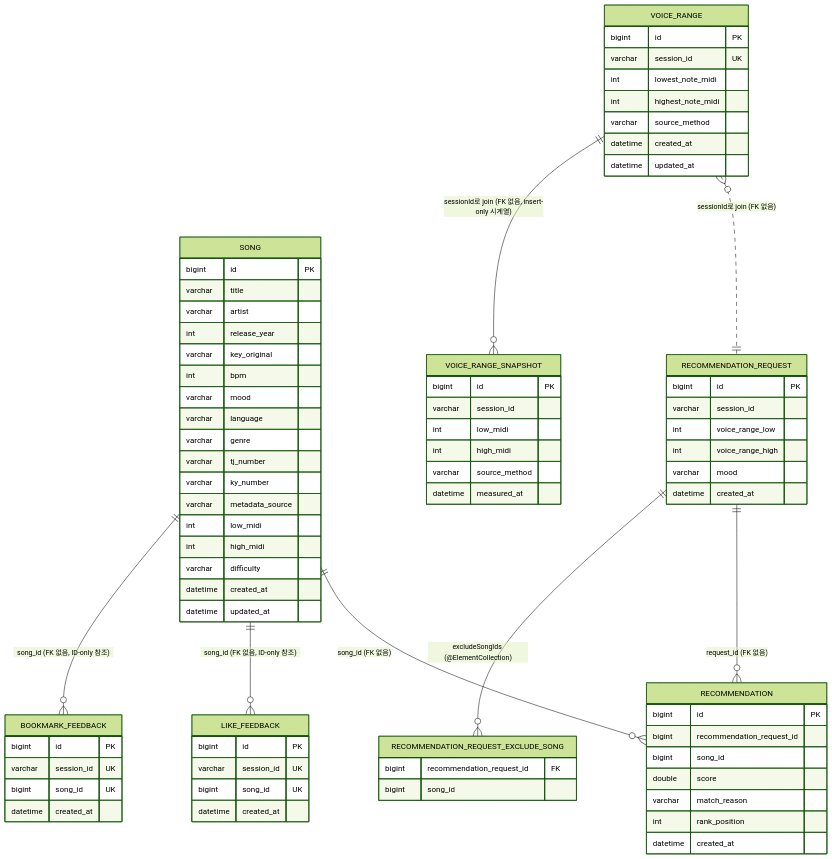
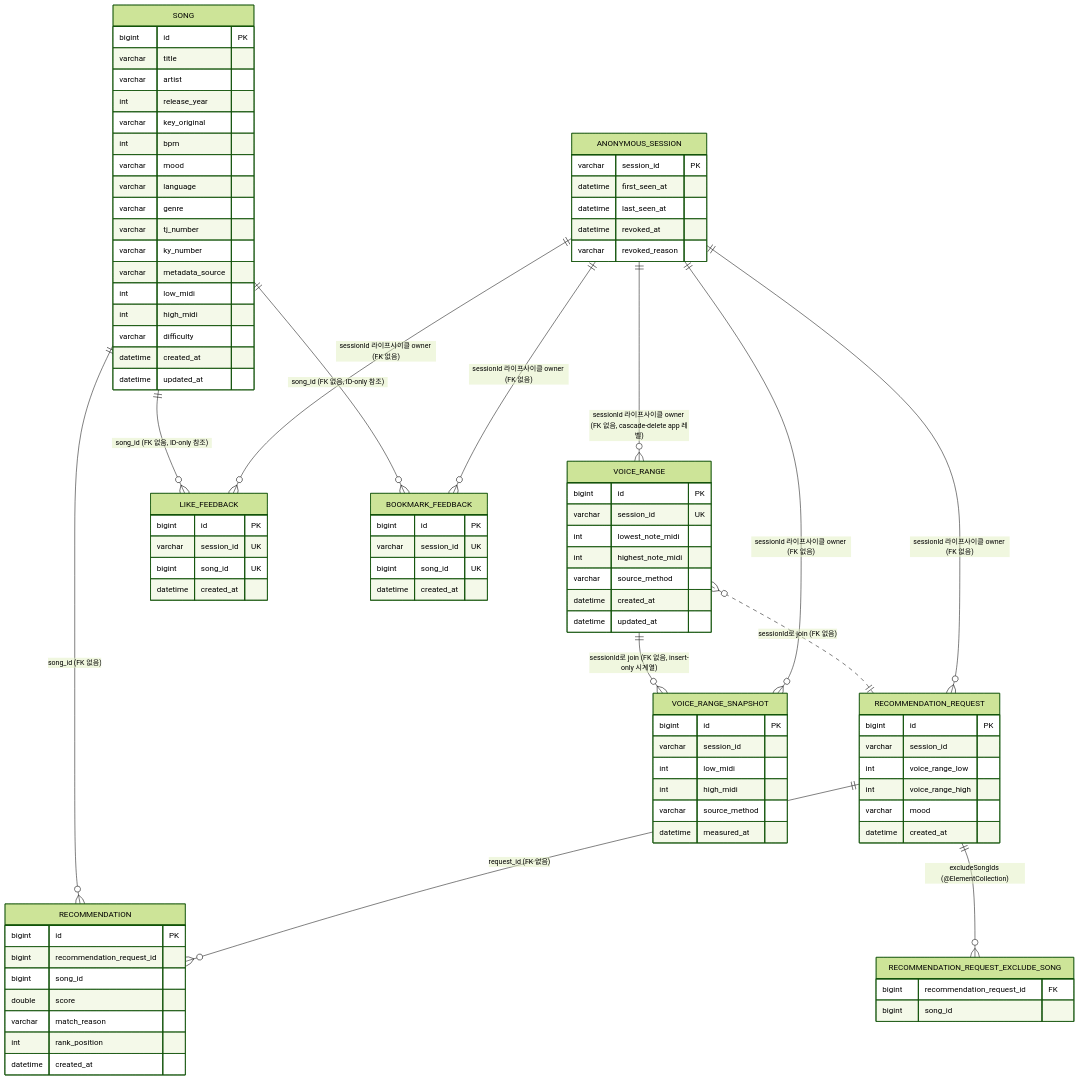
One commit to goohong/mobruji changed the diagram in docs/ai-harness/06-domain-model.md. Above: the diagram before and after it, drawn with Mermaid (forest theme). The commit also changed other lines of this file and 1 other file, not shown here.

First line of the commit message:
docs(user): anonymous-session-lifecycle status implementing + 06-domain-model AnonymousSession 추가 (F2/F3)

````diff
--- a/docs/ai-harness/06-domain-model.md
+++ b/docs/ai-harness/06-domain-model.md
@@ -232,6 +255,14 @@
         datetime measured_at
     }
 
+    ANONYMOUS_SESSION {
+        varchar session_id PK
+        datetime first_seen_at
+        datetime last_seen_at
+        datetime revoked_at
+        varchar revoked_reason
+    }
+
     SONG ||--o{ RECOMMENDATION : "song_id (FK 없음)"
     RECOMMENDATION_REQUEST ||--o{ RECOMMENDATION : "request_id (FK 없음)"
     RECOMMENDATION_REQUEST ||--o{ RECOMMENDATION_REQUEST_EXCLUDE_SONG : "excludeSongIds (@ElementCollection)"
@@ -239,4 +270,9 @@
     SONG ||--o{ LIKE_FEEDBACK : "song_id (FK 없음, ID-only 참조)"
     SONG ||--o{ BOOKMARK_FEEDBACK : "song_id (FK 없음, ID-only 참조)"
     VOICE_RANGE ||--o{ VOICE_RANGE_SNAPSHOT : "sessionId로 join (FK 없음, insert-only 시계열)"
+    ANONYMOUS_SESSION ||--o{ VOICE_RANGE : "sessionId 라이프사이클 owner (FK 없음, cascade-delete app 레벨)"
+    ANONYMOUS_SESSION ||--o{ VOICE_RANGE_SNAPSHOT : "sessionId 라이프사이클 owner (FK 없음)"
+    ANONYMOUS_SESSION ||--o{ LIKE_FEEDBACK : "sessionId 라이프사이클 owner (FK 없음)"
+    ANONYMOUS_SESSION ||--o{ BOOKMARK_FEEDBACK : "sessionId 라이프사이클 owner (FK 없음)"
+    ANONYMOUS_SESSION ||--o{ RECOMMENDATION_REQUEST : "sessionId 라이프사이클 owner (FK 없음)"
 ```
````
